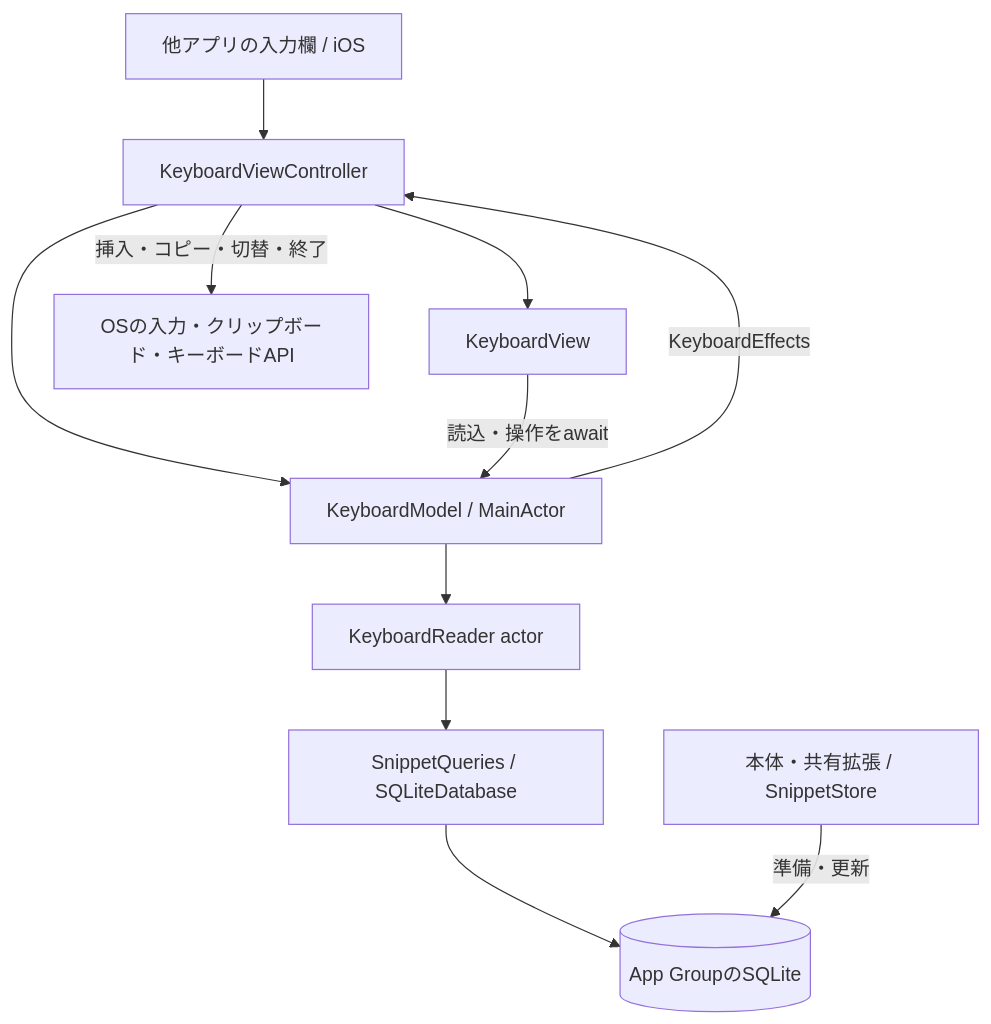
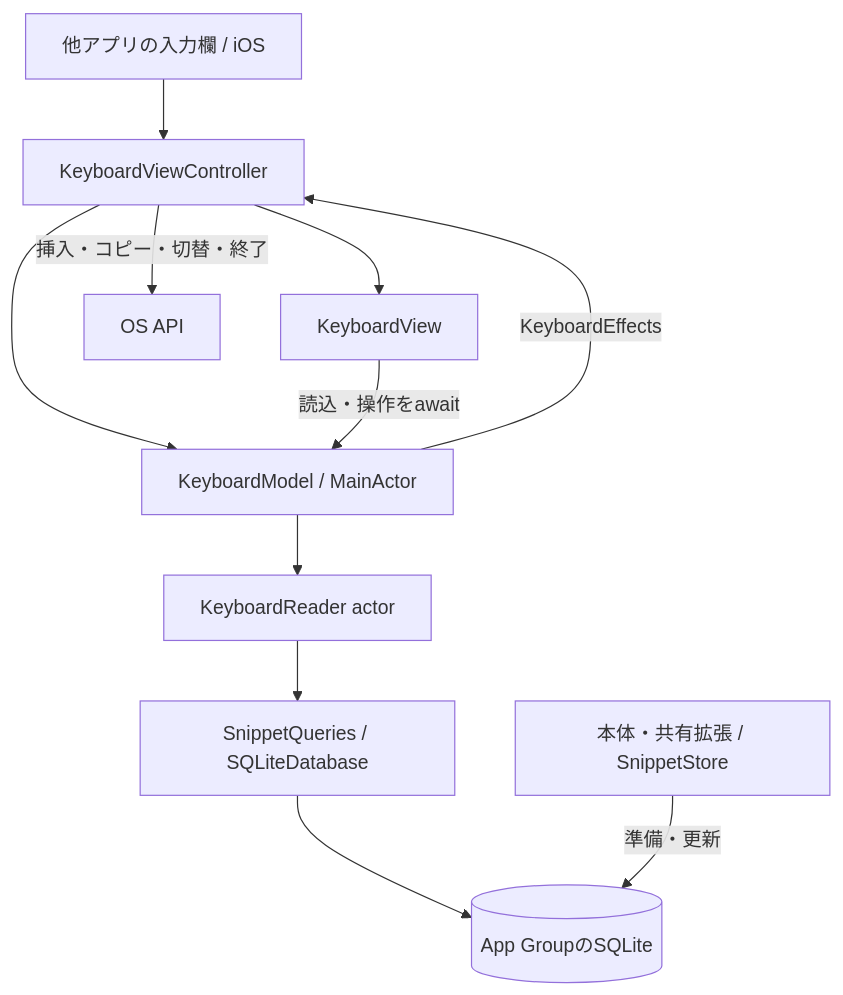
Before and after one commit to 9uiLe/nibble: the diagram in docs/decisions/0005-snippet-keyboard.md, drawn with Mermaid. The commit also changed other lines of this file and 8 other files, not shown here.

````diff
--- a/docs/decisions/0005-snippet-keyboard.md
+++ b/docs/decisions/0005-snippet-keyboard.md
@@ -39,13 +104,13 @@
 ```mermaid
 flowchart TB
     Host[他アプリの入力欄 / iOS] --> Controller[KeyboardViewController]
     Controller --> View[KeyboardView]
     Controller --> Model[KeyboardModel / MainActor]
     View -->|読込・操作をawait| Model
     Model --> Reader[KeyboardReader actor]
     Model -->|KeyboardEffects| Controller
-    Controller -->|挿入・コピー・切替・終了| OS[OSの入力・クリップボード・キーボードAPI]
+    Controller -->|挿入・コピー・切替・終了| OS[OS API]
     Reader --> Query[SnippetQueries / SQLiteDatabase]
     Query --> DB[(App GroupのSQLite)]
     Writers[本体・共有拡張 / SnippetStore] -->|準備・更新| DB
 ```
````
